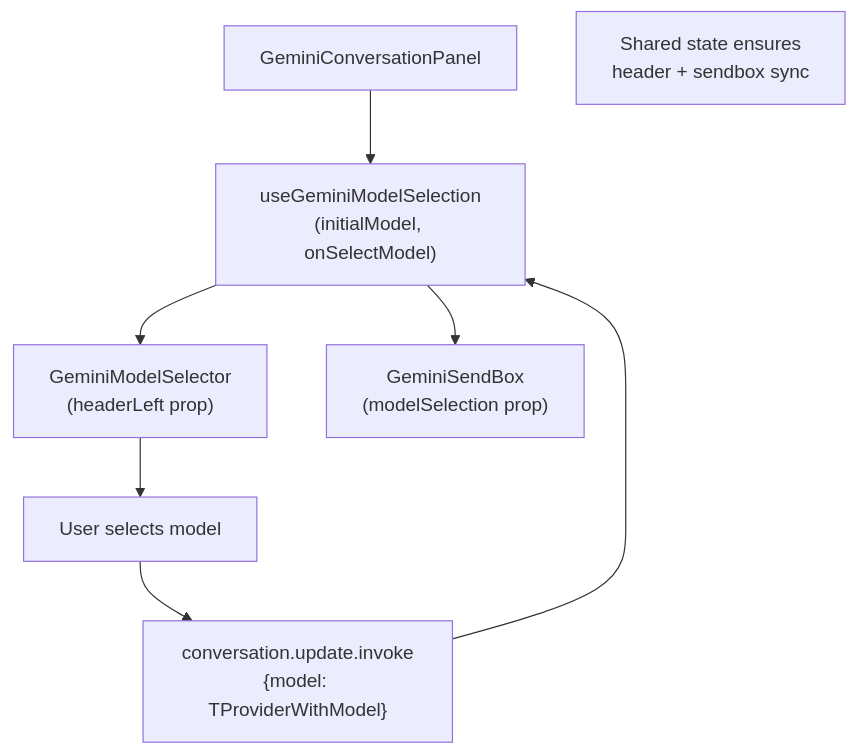
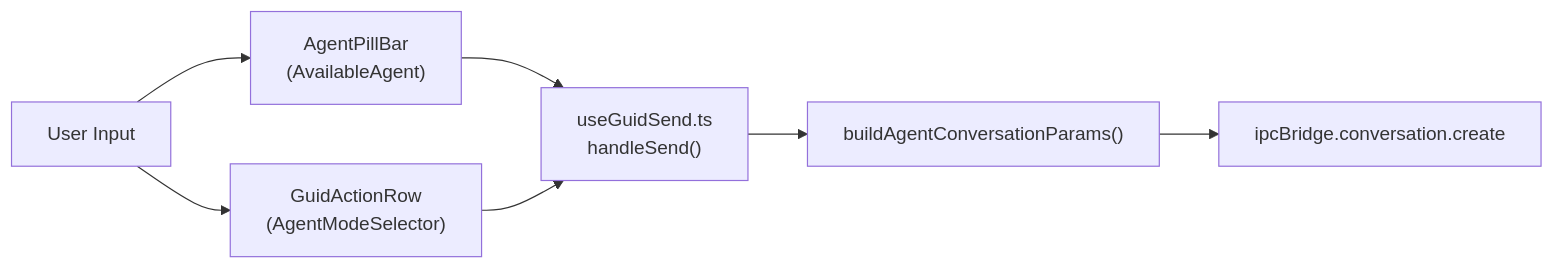
Before and after one commit to blackcater/zentree: the second of 2 diagrams in docs/iOfficeAI_AionUi/user-interface/conversation-interface.md, drawn with Mermaid. The commit also changed other lines of this file and 232 other files, not shown here.

````diff
--- a/docs/iOfficeAI_AionUi/user-interface/conversation-interface.md
+++ b/docs/iOfficeAI_AionUi/user-interface/conversation-interface.md
@@ -306,22 +110,16 @@
 ```mermaid
-graph TB
-    Panel["GeminiConversationPanel"]
+graph LR
+    User["User Input"]
+    PillBar["AgentPillBar<br/>(AvailableAgent)"]
+    ActionRow["GuidActionRow<br/>(AgentModeSelector)"]
+    SendHook["useGuidSend.ts<br/>handleSend()"]
+    ParamsBuilder["buildAgentConversationParams()"]
+    IPC["ipcBridge.conversation.create"]
 
-    ModelHook["useGeminiModelSelection<br/>(initialModel, onSelectModel)"]
-
-    Header["GeminiModelSelector<br/>(headerLeft prop)"]
-    SendBox["GeminiSendBox<br/>(modelSelection prop)"]
-
-    UserSelect["User selects model"]
-    IPC["conversation.update.invoke<br/>{model: TProviderWithModel}"]
-
-    Panel --> ModelHook
-    ModelHook --> Header
-    ModelHook --> SendBox
-
-    Header --> UserSelect
-    UserSelect --> IPC
-    IPC --> ModelHook
-
-    note["Shared state ensures<br/>header + sendbox sync"]
+    User --> PillBar
+    User --> ActionRow
+    PillBar --> SendHook
+    ActionRow --> SendHook
+    SendHook --> ParamsBuilder
+    ParamsBuilder --> IPC
 ```
````
